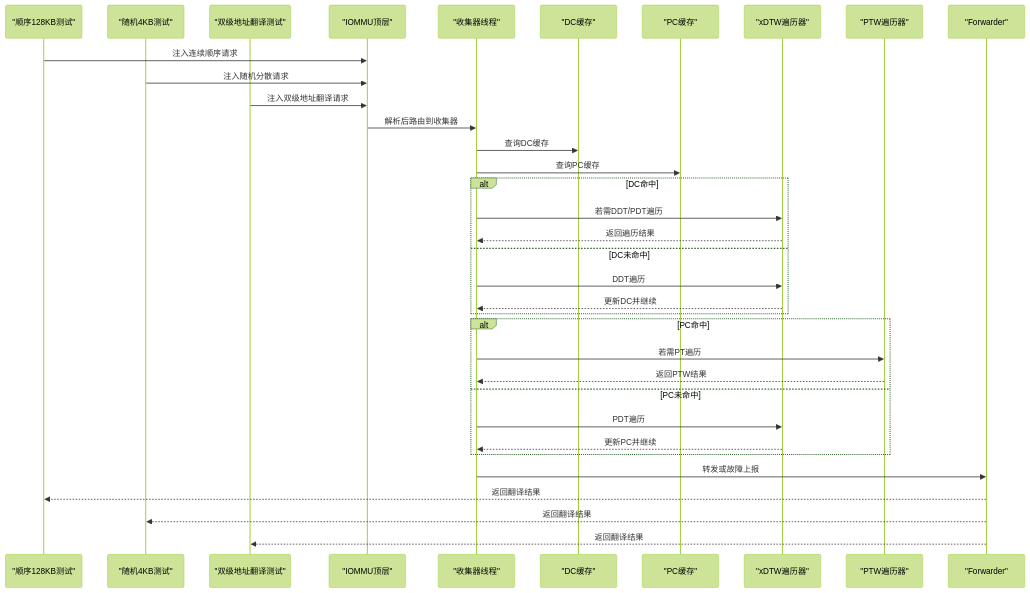
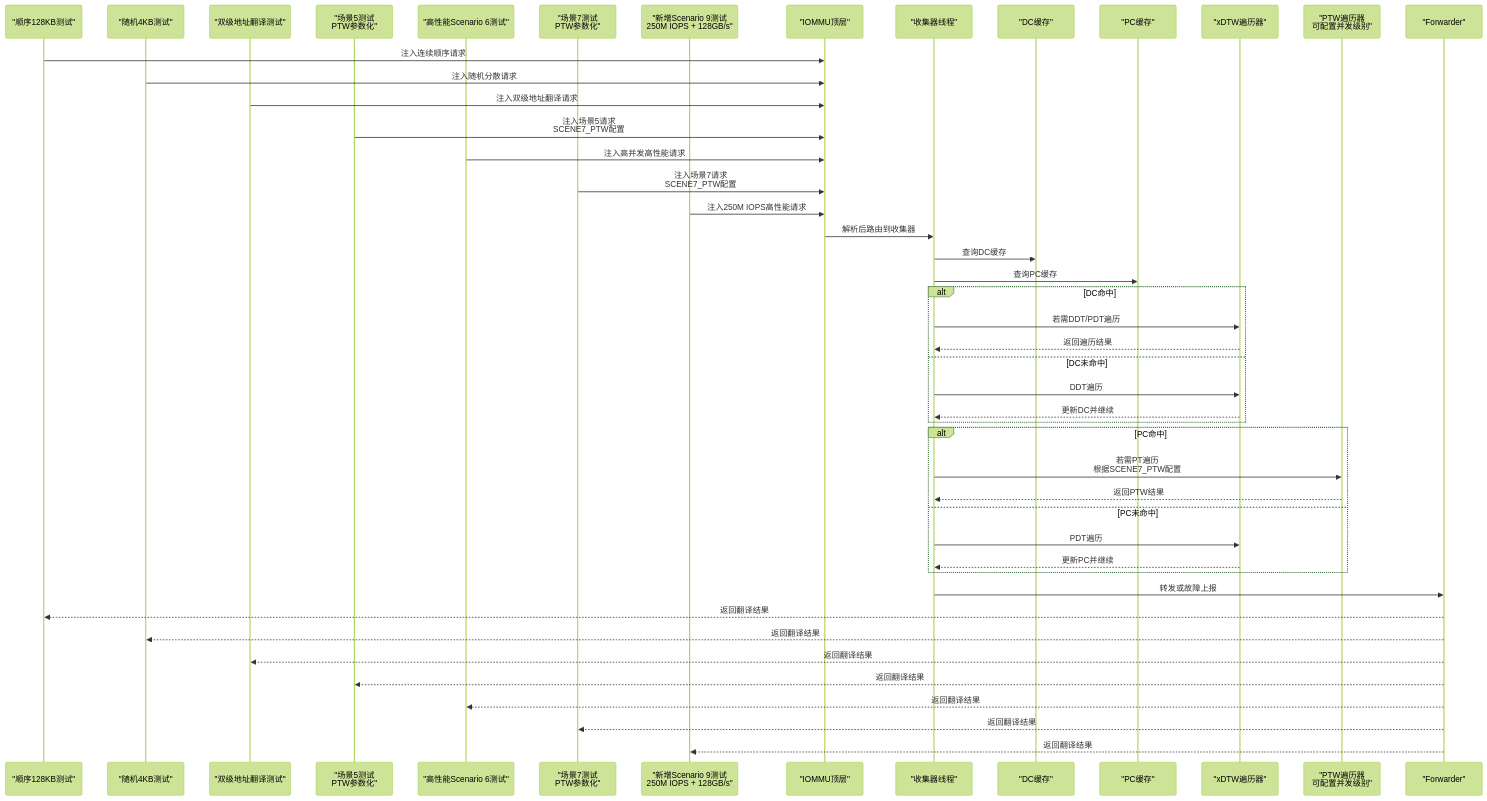
The second of 6 diagrams in .qoder/repowiki/zh/content/性能模型/性能基准测试.md (jiangjiang1122/iommu_model_20260401_v1), drawn with Mermaid (forest theme) before and after one commit. The commit also changed other lines of this file and 186 other files, not shown here.

````diff
--- a/.qoder/repowiki/zh/content/性能模型/性能基准测试.md
+++ b/.qoder/repowiki/zh/content/性能模型/性能基准测试.md
@@ -131,37 +148,49 @@
 ```mermaid
 sequenceDiagram
 participant SCENE1 as "顺序128KB测试"
 participant SCENE2 as "随机4KB测试"
 participant SCENE3 as "双级地址翻译测试"
+participant SCENE5 as "场景5测试<br/>PTW参数化"
+participant SCENE6 as "高性能Scenario 6测试"
+participant SCENE7 as "场景7测试<br/>PTW参数化"
+participant SCENE9 as "新增Scenario 9测试<br/>250M IOPS + 128GB/s"
 participant IOMMU as "IOMMU顶层"
 participant COL as "收集器线程"
 participant DC as "DC缓存"
 participant PC as "PC缓存"
 participant XDTW as "xDTW遍历器"
-participant PTW as "PTW遍历器"
+participant PTW as "PTW遍历器<br/>可配置并发级别"
 participant FWD as "Forwarder"
 SCENE1->>IOMMU : 注入连续顺序请求
 SCENE2->>IOMMU : 注入随机分散请求
 SCENE3->>IOMMU : 注入双级地址翻译请求
+SCENE5->>IOMMU : 注入场景5请求<br/>SCENE7_PTW配置
+SCENE6->>IOMMU : 注入高并发高性能请求
+SCENE7->>IOMMU : 注入场景7请求<br/>SCENE7_PTW配置
+SCENE9->>IOMMU : 注入250M IOPS高性能请求
 IOMMU->>COL : 解析后路由到收集器
 COL->>DC : 查询DC缓存
 COL->>PC : 查询PC缓存
 alt DC命中
 COL->>XDTW : 若需DDT/PDT遍历
 XDTW-->>COL : 返回遍历结果
 else DC未命中
 COL->>XDTW : DDT遍历
 XDTW-->>COL : 更新DC并继续
 end
 alt PC命中
-COL->>PTW : 若需PT遍历
+COL->>PTW : 若需PT遍历<br/>根据SCENE7_PTW配置
 PTW-->>COL : 返回PTW结果
 else PC未命中
 COL->>XDTW : PDT遍历
 XDTW-->>COL : 更新PC并继续
 end
 COL->>FWD : 转发或故障上报
 FWD-->>SCENE1 : 返回翻译结果
 FWD-->>SCENE2 : 返回翻译结果
 FWD-->>SCENE3 : 返回翻译结果
+FWD-->>SCENE5 : 返回翻译结果
+FWD-->>SCENE6 : 返回翻译结果
+FWD-->>SCENE7 : 返回翻译结果
+FWD-->>SCENE9 : 返回翻译结果
 ```
````
